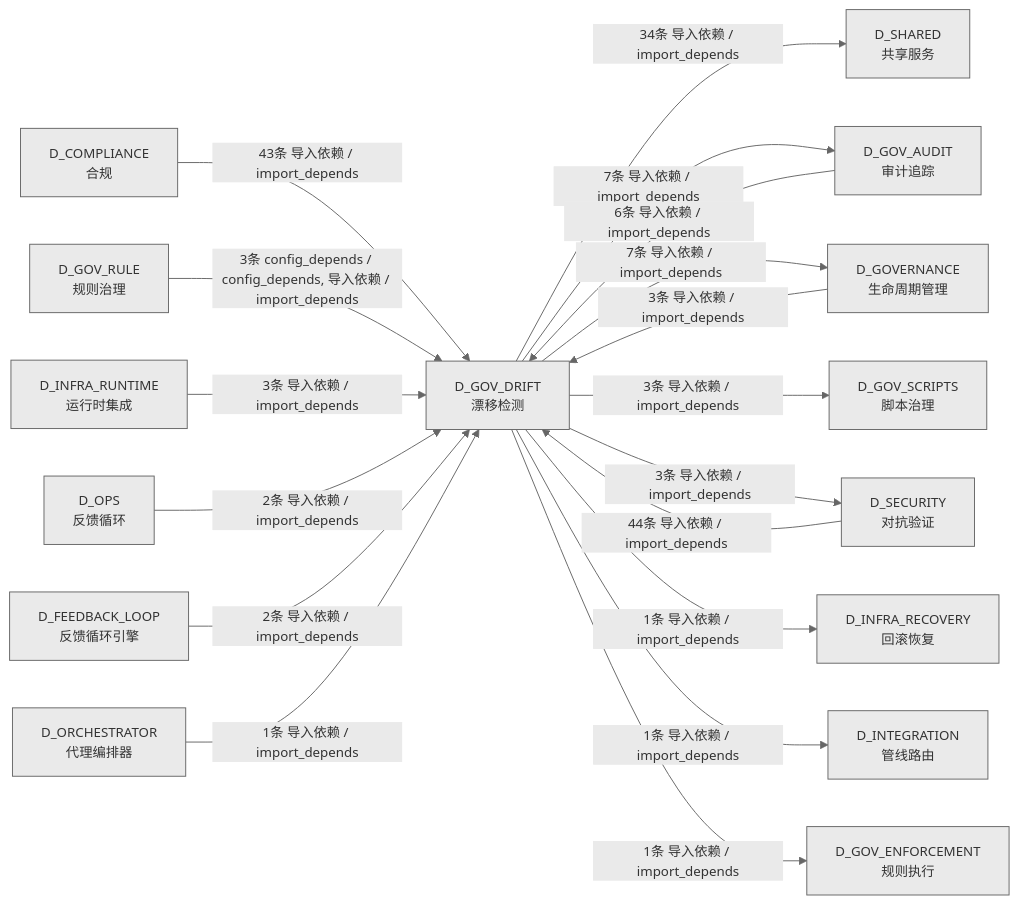
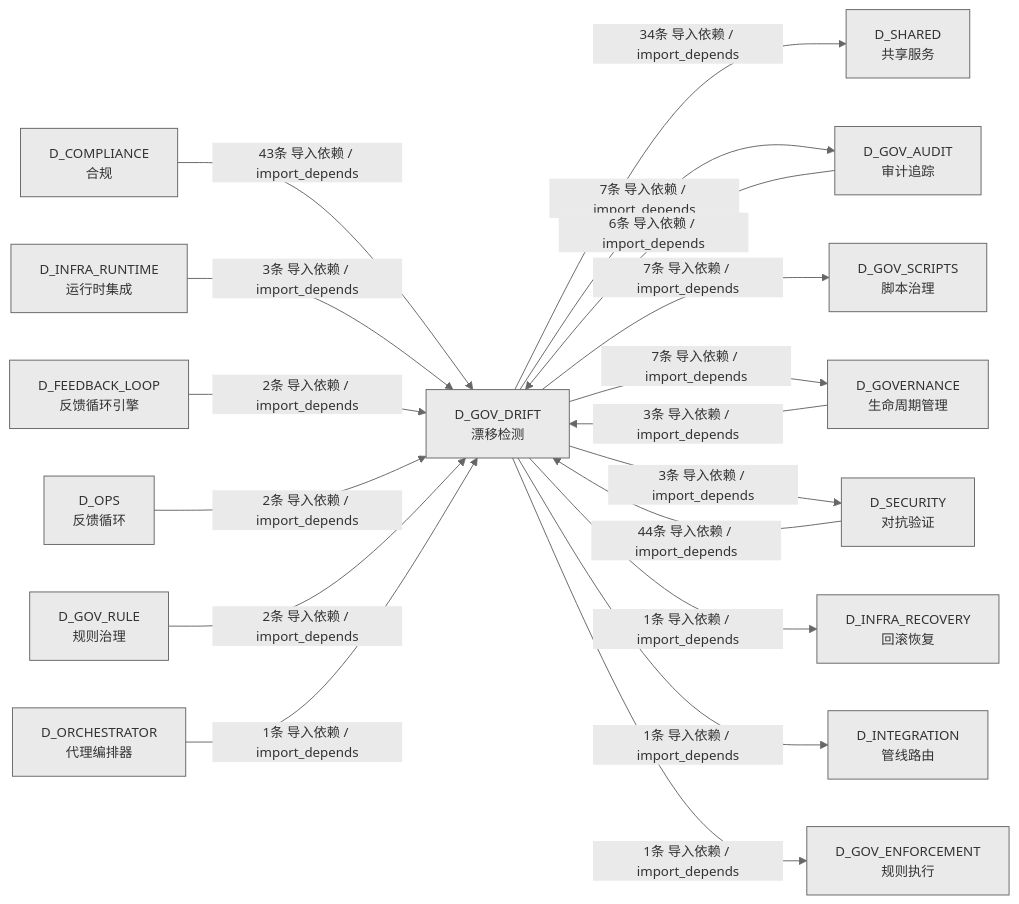
One commit to xuanFelixVan/ZephyrAlpha changed the sixth of 6 diagrams in docs/02_enterprise_architecture/02_domain_architecture_docs/52_d_gov_drift.md. Above: the diagram before and after it, drawn with Mermaid. The commit also changed other lines of this file and 42 other files, not shown here.

````diff
--- a/docs/02_enterprise_architecture/02_domain_architecture_docs/52_d_gov_drift.md
+++ b/docs/02_enterprise_architecture/02_domain_architecture_docs/52_d_gov_drift.md
@@ -866,36 +871,36 @@
 ```mermaid
 %%{init: {'theme': 'base', 'themeVariables': {'primaryColor': '#eaeaea', 'primaryTextColor': '#333333', 'primaryBorderColor': '#666666', 'lineColor': '#666666', 'secondaryColor': '#eaeaea', 'tertiaryColor': '#eaeaea', 'fontSize': '14px'}}}%%
 graph LR
     D_GOV_DRIFT["D_GOV_DRIFT<br/>漂移检测"]
     D_SHARED["D_SHARED<br/>共享服务"]
     D_GOV_AUDIT["D_GOV_AUDIT<br/>审计追踪"]
+    D_GOV_SCRIPTS["D_GOV_SCRIPTS<br/>脚本治理"]
     D_GOVERNANCE["D_GOVERNANCE<br/>生命周期管理"]
-    D_GOV_SCRIPTS["D_GOV_SCRIPTS<br/>脚本治理"]
     D_SECURITY["D_SECURITY<br/>对抗验证"]
     D_INFRA_RECOVERY["D_INFRA_RECOVERY<br/>回滚恢复"]
     D_INTEGRATION["D_INTEGRATION<br/>管线路由"]
     D_GOV_ENFORCEMENT["D_GOV_ENFORCEMENT<br/>规则执行"]
     D_COMPLIANCE["D_COMPLIANCE<br/>合规"]
+    D_INFRA_RUNTIME["D_INFRA_RUNTIME<br/>运行时集成"]
+    D_FEEDBACK_LOOP["D_FEEDBACK_LOOP<br/>反馈循环引擎"]
+    D_OPS["D_OPS<br/>反馈循环"]
     D_GOV_RULE["D_GOV_RULE<br/>规则治理"]
-    D_INFRA_RUNTIME["D_INFRA_RUNTIME<br/>运行时集成"]
-    D_OPS["D_OPS<br/>反馈循环"]
-    D_FEEDBACK_LOOP["D_FEEDBACK_LOOP<br/>反馈循环引擎"]
     D_ORCHESTRATOR["D_ORCHESTRATOR<br/>代理编排器"]
     D_GOV_DRIFT -->|34条 导入依赖 / import_depends| D_SHARED
     D_GOV_DRIFT -->|7条 导入依赖 / import_depends| D_GOV_AUDIT
+    D_GOV_DRIFT -->|7条 导入依赖 / import_depends| D_GOV_SCRIPTS
     D_GOV_DRIFT -->|7条 导入依赖 / import_depends| D_GOVERNANCE
-    D_GOV_DRIFT -->|3条 导入依赖 / import_depends| D_GOV_SCRIPTS
     D_GOV_DRIFT -->|3条 导入依赖 / import_depends| D_SECURITY
     D_GOV_DRIFT -->|1条 导入依赖 / import_depends| D_INFRA_RECOVERY
     D_GOV_DRIFT -->|1条 导入依赖 / import_depends| D_INTEGRATION
     D_GOV_DRIFT -->|1条 导入依赖 / import_depends| D_GOV_ENFORCEMENT
     D_SECURITY -->|44条 导入依赖 / import_depends| D_GOV_DRIFT
     D_COMPLIANCE -->|43条 导入依赖 / import_depends| D_GOV_DRIFT
     D_GOV_AUDIT -->|6条 导入依赖 / import_depends| D_GOV_DRIFT
-    D_GOV_RULE -->|3条 config_depends / config_depends, 导入依赖 / import_depends| D_GOV_DRIFT
+    D_INFRA_RUNTIME -->|3条 导入依赖 / import_depends| D_GOV_DRIFT
     D_GOVERNANCE -->|3条 导入依赖 / import_depends| D_GOV_DRIFT
-    D_INFRA_RUNTIME -->|3条 导入依赖 / import_depends| D_GOV_DRIFT
+    D_FEEDBACK_LOOP -->|2条 导入依赖 / import_depends| D_GOV_DRIFT
     D_OPS -->|2条 导入依赖 / import_depends| D_GOV_DRIFT
-    D_FEEDBACK_LOOP -->|2条 导入依赖 / import_depends| D_GOV_DRIFT
+    D_GOV_RULE -->|2条 导入依赖 / import_depends| D_GOV_DRIFT
     D_ORCHESTRATOR -->|1条 导入依赖 / import_depends| D_GOV_DRIFT
 ```
````
